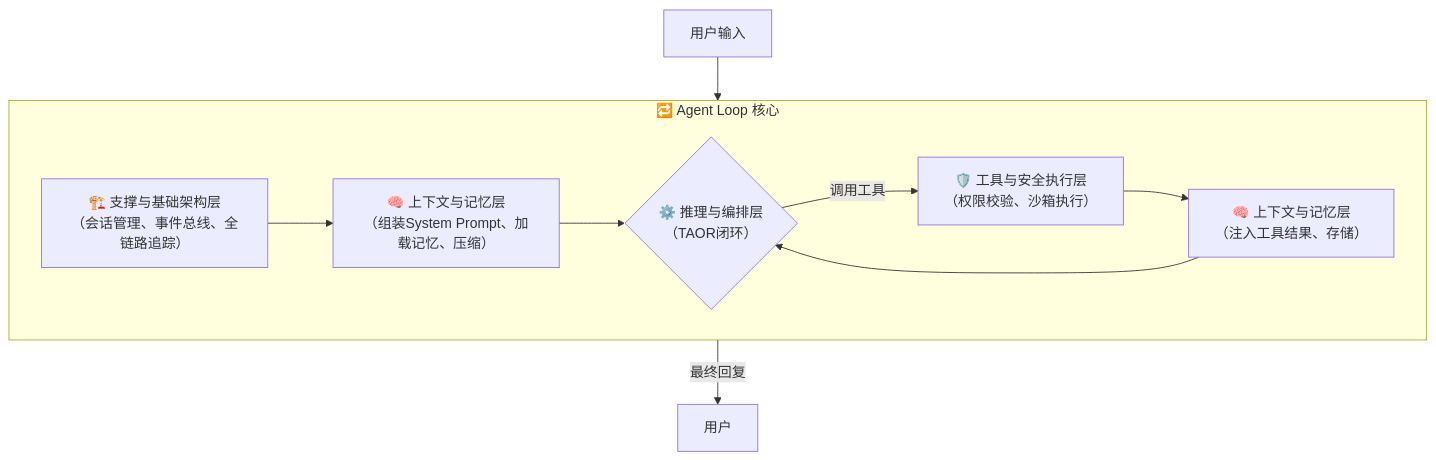
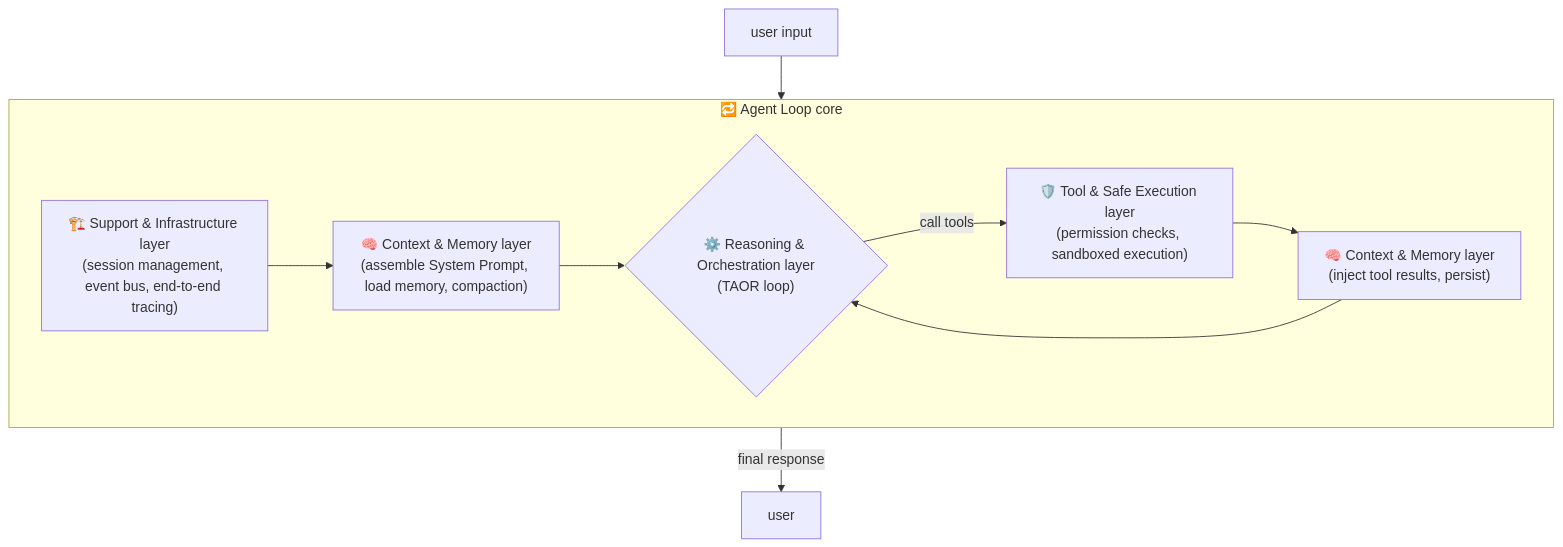
Before and after one commit to holny/Agent-Harness-Develop-Book: the fourth of 46 diagrams in README.md, drawn with Mermaid. The commit also changed other lines of this file and 66 other files, not shown here.

Commit message:
Add English edition (default) with Chinese version, redraw 8 interactive diagrams in English, translate mermaid/ASCII diagrams and code comments

````diff
--- a/README.md
+++ b/README.md
@@ -775,15 +832,15 @@
 ```mermaid
 graph TD
-    A[用户输入] --> B[🏗️ 支撑与基础架构层<br>（会话管理、事件总线、全链路追踪）]
+    A[user input] --> B["🏗️ Support & Infrastructure layer<br>(session management, event bus, end-to-end tracing)"]
 
-    subgraph "🔁 Agent Loop 核心"
+    subgraph "🔁 Agent Loop core"
         direction LR
-        B --> C[🧠 上下文与记忆层<br>（组装System Prompt、加载记忆、压缩）]
-        C --> D{⚙️ 推理与编排层<br>（TAOR闭环）}
-        D -- 调用工具 --> E[🛡️ 工具与安全执行层<br>（权限校验、沙箱执行）]
-        E --> F[🧠 上下文与记忆层<br>（注入工具结果、存储）]
+        B --> C["🧠 Context & Memory layer<br>(assemble System Prompt, load memory, compaction)"]
+        C --> D{"⚙️ Reasoning & Orchestration layer<br>(TAOR loop)"}
+        D -- call tools --> E["🛡️ Tool & Safe Execution layer<br>(permission checks, sandboxed execution)"]
+        E --> F["🧠 Context & Memory layer<br>(inject tool results, persist)"]
         F --> D
     end
 
-    D -- 最终回复 --> G[用户]
+    D -- final response --> G[user]
 ```
````
